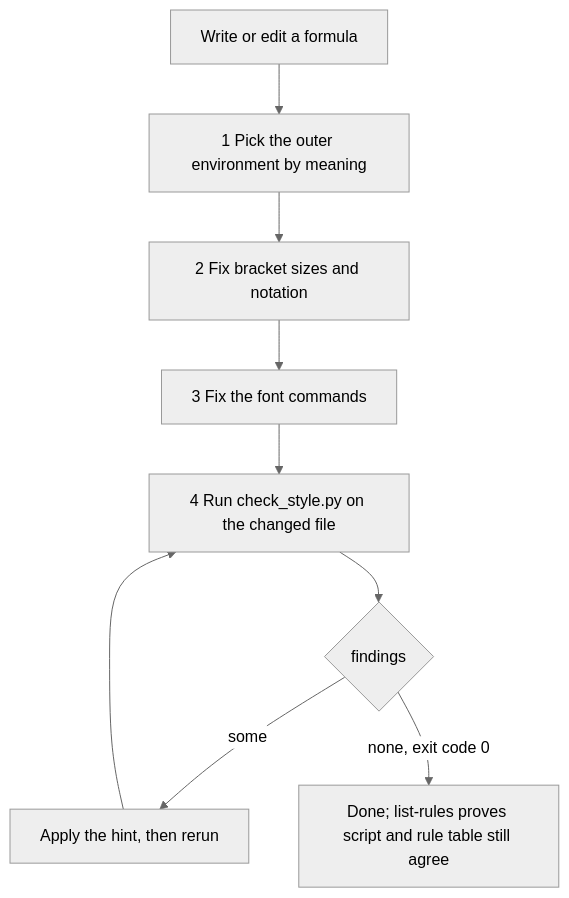
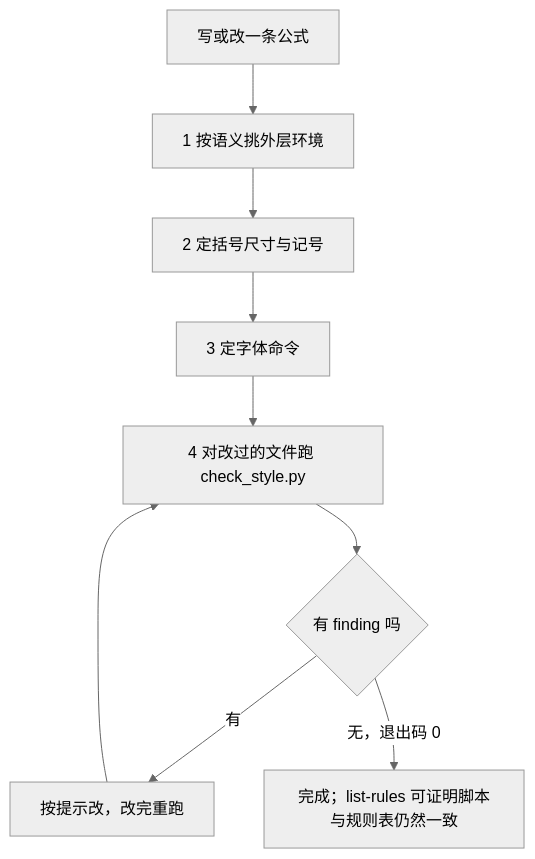
Before and after one commit to HHSTU-IST/skills: the third of 10 diagrams in README.md, drawn with Mermaid (neutral theme). The commit also changed other lines of this file and 2 other files, not shown here.

````diff
--- a/README.md
+++ b/README.md
@@ -342,11 +342,11 @@
 ```mermaid
 flowchart TD
-    A["Write or edit a formula"] --> B["1 Pick the outer environment by meaning"]
-    B --> C["2 Fix bracket sizes and notation"]
-    C --> D["3 Fix the font commands"]
-    D --> E["4 Run check_style.py on the changed file"]
-    E --> F{"findings"}
-    F -->|some| G["Apply the hint, then rerun"]
+    A["写或改一条公式"] --> B["1 按语义挑外层环境"]
+    B --> C["2 定括号尺寸与记号"]
+    C --> D["3 定字体命令"]
+    D --> E["4 对改过的文件跑 check_style.py"]
+    E --> F{"有 finding 吗"}
+    F -->|有| G["按提示改，改完重跑"]
     G --> E
-    F -->|none, exit code 0| H["Done; list-rules proves script and rule table still agree"]
+    F -->|无，退出码 0| H["完成；list-rules 可证明脚本与规则表仍然一致"]
 ```
````
